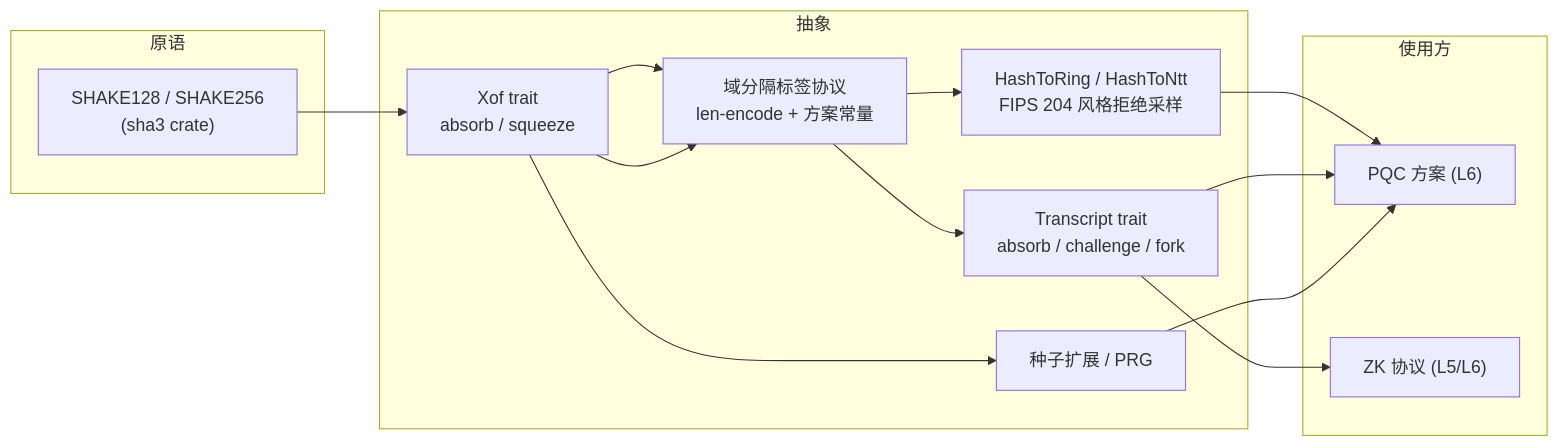
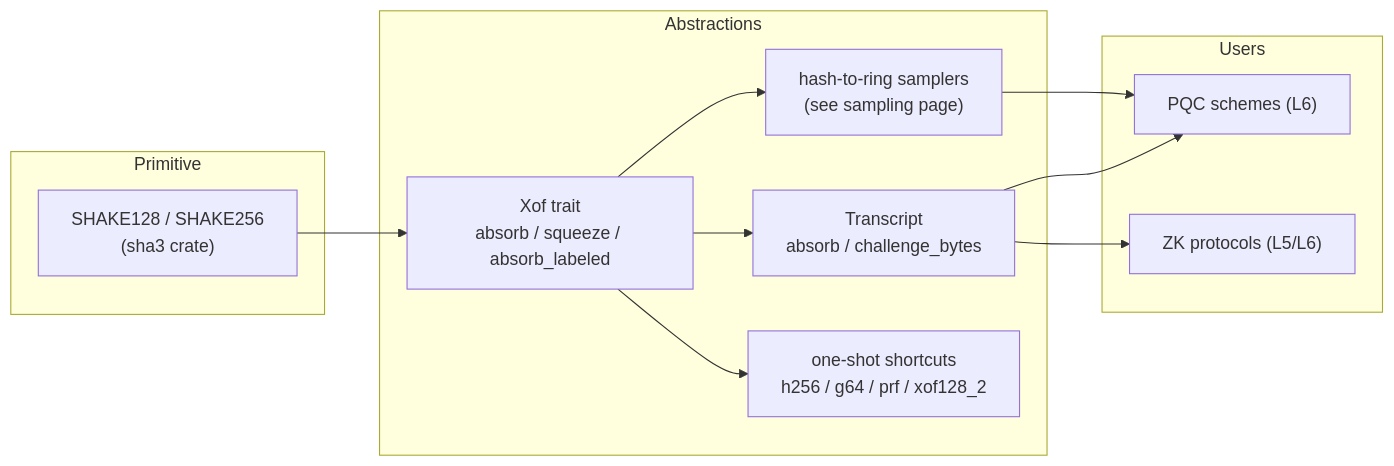
One commit to SuccinctPaul/lattice-algebra-rs changed the diagram in docs/src/pages/design/hash-fiat-shamir.mdx. Above: the diagram before and after it, drawn with Mermaid. The commit also changed other lines of this file and 54 other files, not shown here.

````diff
--- a/docs/src/pages/design/hash-fiat-shamir.mdx
+++ b/docs/src/pages/design/hash-fiat-shamir.mdx
@@ -7,25 +7,23 @@
 ```mermaid
 flowchart LR
-    subgraph PRIM["原语"]
+    subgraph PRIM["Primitive"]
         SHAKE["SHAKE128 / SHAKE256<br/>(sha3 crate)"]
     end
-    subgraph ABS["抽象"]
-        XOF["Xof trait<br/>absorb / squeeze"]
-        LABEL["域分隔标签协议<br/>len-encode + 方案常量"]
-        H2P["HashToRing / HashToNtt<br/>FIPS 204 风格拒绝采样"]
-        TR["Transcript trait<br/>absorb / challenge / fork"]
-        KDF["种子扩展 / PRG"]
+    subgraph ABS["Abstractions"]
+        XOF["Xof trait<br/>absorb / squeeze / absorb_labeled"]
+        H2P["hash-to-ring samplers<br/>(see sampling page)"]
+        TR["Transcript<br/>absorb / challenge_bytes"]
+        KDF["one-shot shortcuts<br/>h256 / g64 / prf / xof128_2"]
     end
-    subgraph USE["使用方"]
-        PQC["PQC 方案 (L6)"]
-        ZK["ZK 协议 (L5/L6)"]
+    subgraph USE["Users"]
+        PQC["PQC schemes (L6)"]
+        ZK["ZK protocols (L5/L6)"]
     end
     SHAKE --> XOF
-    XOF --> LABEL --> H2P
-    XOF --> LABEL --> TR
+    XOF --> TR
+    XOF --> H2P
     XOF --> KDF
-    H2P --> PQC
     TR --> PQC
     TR --> ZK
-    KDF --> PQC
+    H2P --> PQC
 ```
````
